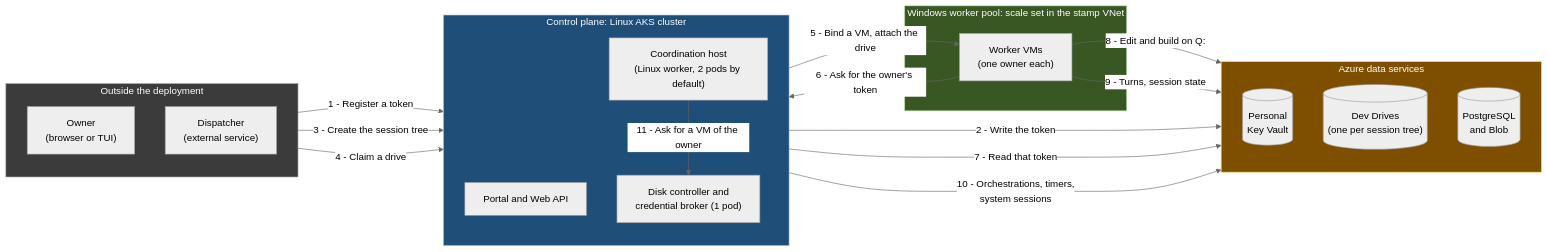
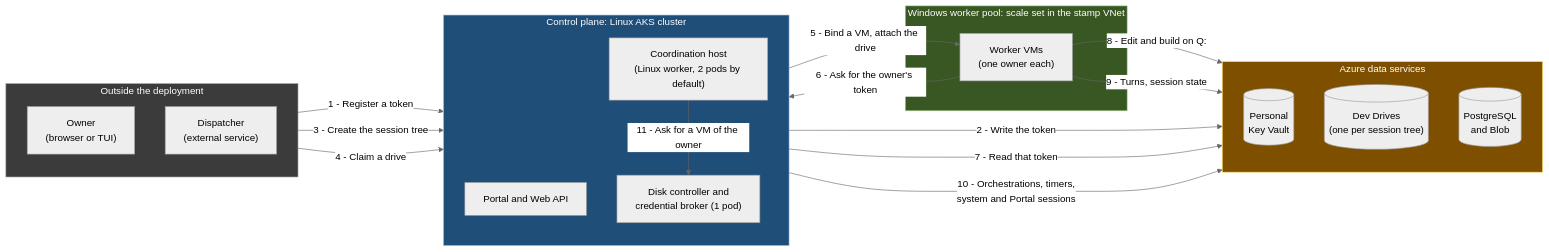
The first of 10 diagrams in docs/developer/deploy/windows-workers.md (shudingfeng/PilotSwarm), drawn with Mermaid (neutral theme) before and after one commit. The commit also changed other lines of this file and 51 other files, not shown here.

First line of the commit message:
deploy: a Windows pool requires the coordination host, which runs Portal sessions

````diff
--- a/docs/developer/deploy/windows-workers.md
+++ b/docs/developer/deploy/windows-workers.md
@@ -90,38 +91,38 @@
 ```mermaid
 flowchart LR
     subgraph OUT["Outside the deployment"]
         direction TB
         OWN["Owner<br/>(browser or TUI)"]
         DSP["Dispatcher<br/>(external service)"]
     end
     subgraph AKS["Control plane: Linux AKS cluster"]
         direction TB
         PORTAL["Portal and Web API"]
         CTRL["Disk controller and<br/>credential broker (1 pod)"]
         LW["Coordination host<br/>(Linux worker, 2 pods by default)"]
     end
     subgraph POOL["Windows worker pool: scale set in the stamp VNet"]
         VM["Worker VMs<br/>(one owner each)"]
     end
     subgraph DATA["Azure data services"]
         direction TB
         KV[("Personal<br/>Key Vault")]
         DRIVE[("Dev Drives<br/>(one per session tree)")]
         PG[("PostgreSQL<br/>and Blob")]
     end
     OWN -->|"1 - Register a token"| PORTAL
     PORTAL -->|"2 - Write the token"| KV
     DSP -->|"3 - Create the session tree"| PORTAL
     DSP -->|"4 - Claim a drive"| CTRL
     CTRL -->|"5 - Bind a VM, attach the drive"| VM
     VM -->|"6 - Ask for the owner's token"| CTRL
     CTRL -->|"7 - Read that token"| KV
     VM -->|"8 - Edit and build on Q:"| DRIVE
     VM -->|"9 - Turns, session state"| PG
-    LW -->|"10 - Orchestrations, timers,<br/>system sessions"| PG
+    LW -->|"10 - Orchestrations, timers,<br/>system and Portal sessions"| PG
     LW -->|"11 - Ask for a VM of the owner"| CTRL
     style OUT fill:#3b3b3b,stroke:#9e9e9e,color:#fff
     style AKS fill:#1f4e79,stroke:#9dc3e6,color:#fff
     style POOL fill:#385723,stroke:#a9d18e,color:#fff
     style DATA fill:#7f4f00,stroke:#ffd966,color:#fff
 ```
````
